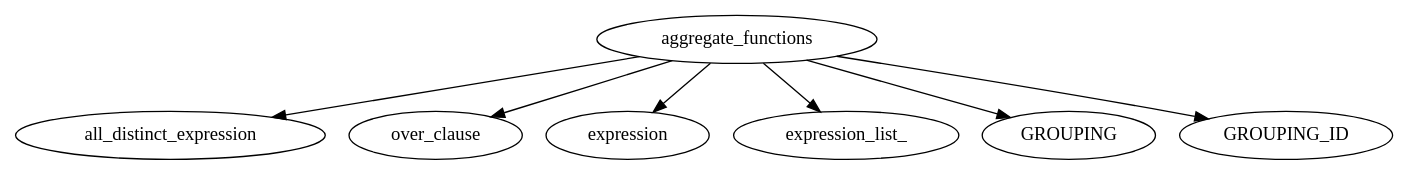
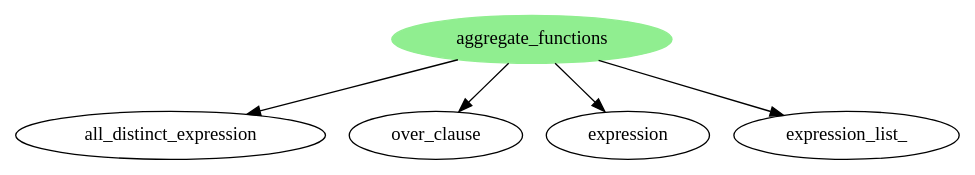
One commit to Crary-Systems/tree-sitter-tsql changed the diagram in docs/roadmap/grammar/aggregate_functions.dot. Above: the diagram before and after it, drawn with Graphviz. The commit also changed 10 other files, not shown here.

Commit message:
Add Aggregate GROUPING and GROUPING_ID and complete roadmap

```diff
--- a/docs/roadmap/grammar/aggregate_functions.dot
+++ b/docs/roadmap/grammar/aggregate_functions.dot
@@ -1,12 +1,11 @@
 digraph {
   aggregate_functions
-    [URL="https://github.com/Crary-Systems/tree-sitter-tsql/blob/main/test/corpus/aggregate_functions.txt"]
+    [style=filled
+    ,color=lightgreen
+    ,URL="https://github.com/Crary-Systems/tree-sitter-tsql/blob/main/test/corpus/aggregate_functions.txt"]
 
   aggregate_functions -> all_distinct_expression
   aggregate_functions -> over_clause
   aggregate_functions -> expression
   aggregate_functions -> expression_list_
-
-  aggregate_functions -> GROUPING
-  aggregate_functions -> GROUPING_ID
 }
```
